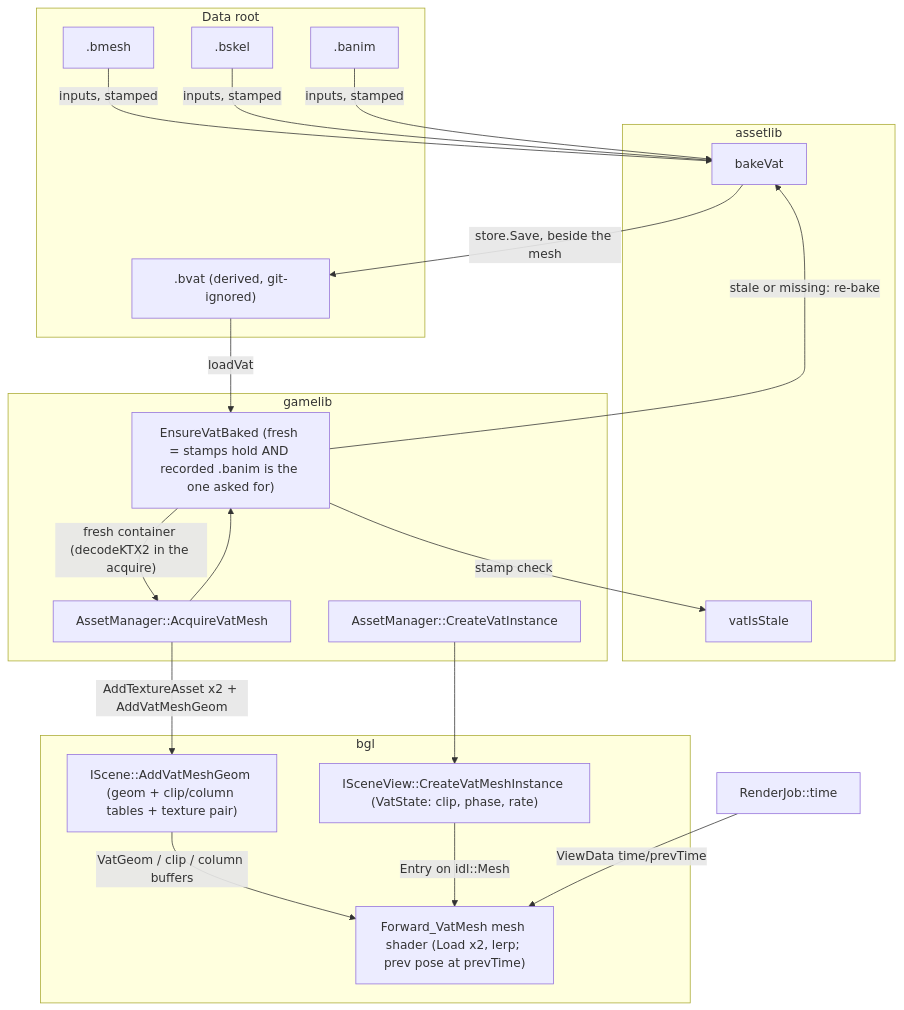
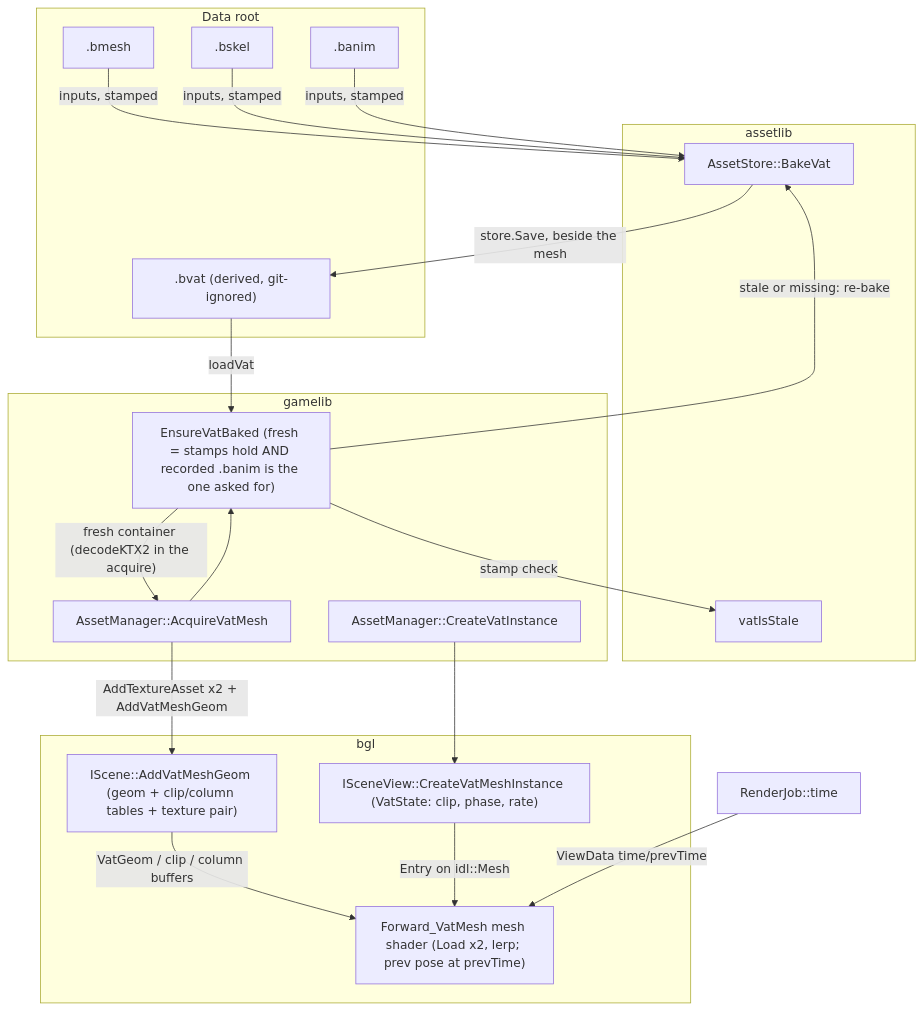
The diagram in docs/vat.md (alexjiang200407/bernini), drawn with Mermaid before and after one commit. The commit also changed other lines of this file and 18 other files, not shown here.

First line of the commit message:
refactor(assetlib): a bake and an import write are store methods

````diff
--- a/docs/vat.md
+++ b/docs/vat.md
@@ -159,39 +160,39 @@
 ```mermaid
 flowchart TD
     subgraph disk [Data root]
         BMESH[.bmesh]
         BSKEL[.bskel]
         BANIM[.banim]
         BVAT[".bvat (derived, git-ignored)"]
     end
 
     subgraph assetlib
-        BAKE[bakeVat]
+        BAKE[AssetStore::BakeVat]
         STALE[vatIsStale]
     end
 
     subgraph gamelib
         ACQ[AssetManager::AcquireVatMesh]
         ENSURE["EnsureVatBaked (fresh = stamps hold AND recorded .banim is the one asked for)"]
         INST[AssetManager::CreateVatInstance]
     end
 
     subgraph bgl
         SCENE["IScene::AddVatMeshGeom (geom + clip/column tables + texture pair)"]
         VIEW["ISceneView::CreateVatMeshInstance (VatState: clip, phase, rate)"]
         MS["Forward_VatMesh mesh shader (Load x2, lerp; prev pose at prevTime)"]
     end
 
     BMESH & BSKEL & BANIM -- "inputs, stamped" --> BAKE
     BAKE -- "store.Save, beside the mesh" --> BVAT
     ACQ --> ENSURE
     ENSURE -- "stamp check" --> STALE
     ENSURE -- "stale or missing: re-bake" --> BAKE
     BVAT -- "loadVat" --> ENSURE
     ENSURE -- "fresh container (decodeKTX2 in the acquire)" --> ACQ
     ACQ -- "AddTextureAsset x2 + AddVatMeshGeom" --> SCENE
     INST --> VIEW
     SCENE -- "VatGeom / clip / column buffers" --> MS
     VIEW -- "Entry<VatState> on idl::Mesh" --> MS
     CLOCK["RenderJob::time"] -- "ViewData time/prevTime" --> MS
 ```
````
